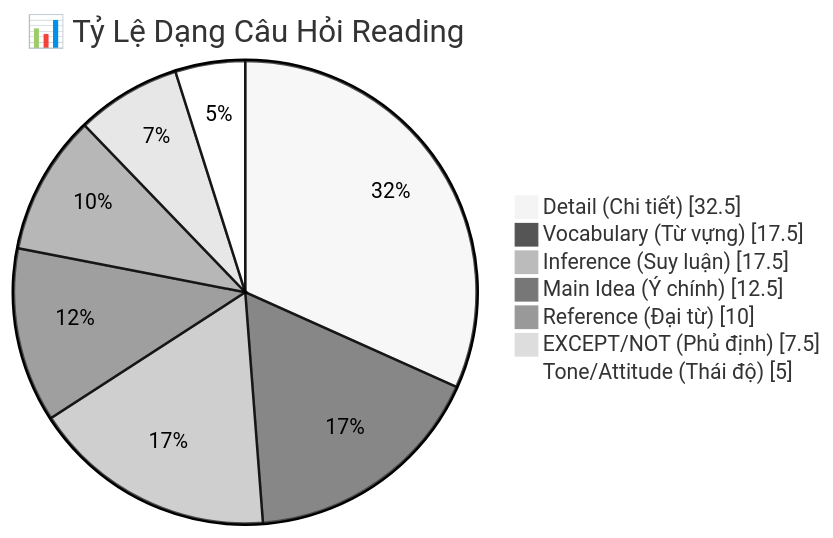
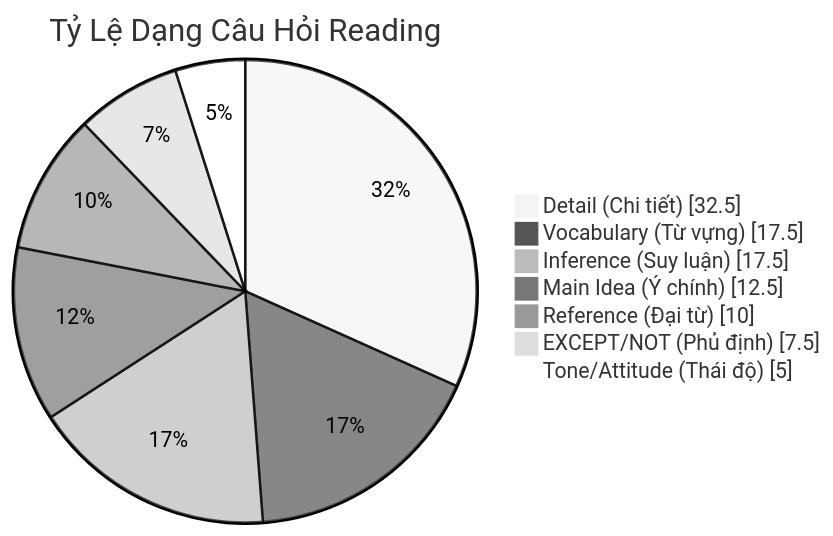
The first of 2 diagrams in docs/03-reading/format.md (nghyane/VSTEP), drawn with Mermaid (neutral theme) before and after one commit. The commit also changed other lines of this file and 3 other files, not shown here.

First line of the commit message:
Fix docs: chuẩn hóa format theo nguồn chính thức, sửa diagram

````diff
--- a/docs/03-reading/format.md
+++ b/docs/03-reading/format.md
@@ -9,11 +9,11 @@
 ```mermaid
 pie showData
-    title 📊 Tỷ Lệ Dạng Câu Hỏi Reading
+    title Tỷ Lệ Dạng Câu Hỏi Reading
     "Detail (Chi tiết)" : 32.5
     "Vocabulary (Từ vựng)" : 17.5
     "Inference (Suy luận)" : 17.5
     "Main Idea (Ý chính)" : 12.5
     "Reference (Đại từ)" : 10
     "EXCEPT/NOT (Phủ định)" : 7.5
     "Tone/Attitude (Thái độ)" : 5
 ```
````
